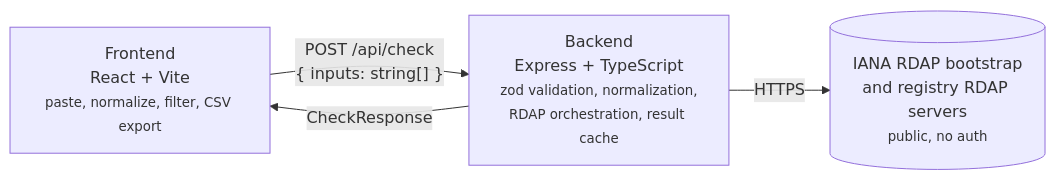
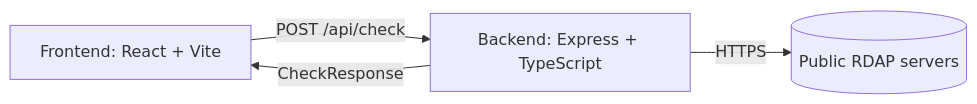
The diagram in docs/architecture.md (Krmzyn/domain-looker), drawn with Mermaid before and after one commit.

Commit message:
Simplify architecture diagram labels
GitHub's Mermaid renderer clipped the multi-line labels. The table below
the diagram already lists each component's responsibilities.

````diff
--- a/docs/architecture.md
+++ b/docs/architecture.md
@@ -10,9 +10,9 @@
 ```mermaid
 flowchart LR
-  UI["Frontend<br/>React + Vite<br/><small>paste, normalize, filter, CSV export</small>"]
-  API["Backend<br/>Express + TypeScript<br/><small>zod validation, normalization,<br/>RDAP orchestration, result cache</small>"]
-  RDAP[("IANA RDAP bootstrap<br/>and registry RDAP servers<br/><small>public, no auth</small>")]
-  UI -- "POST /api/check<br/>{ inputs: string[] }" --> API
-  API -- "CheckResponse" --> UI
-  API -- "HTTPS" --> RDAP
+  UI["Frontend: React + Vite"]
+  API["Backend: Express + TypeScript"]
+  RDAP[("Public RDAP servers")]
+  UI -->|POST /api/check| API
+  API -->|CheckResponse| UI
+  API -->|HTTPS| RDAP
 ```
````
